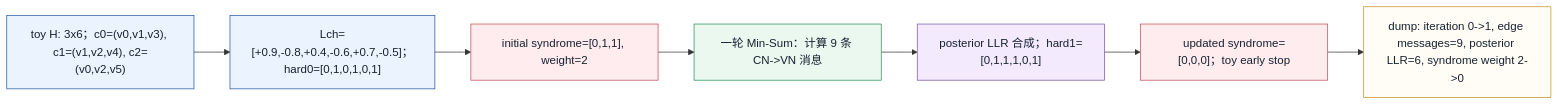
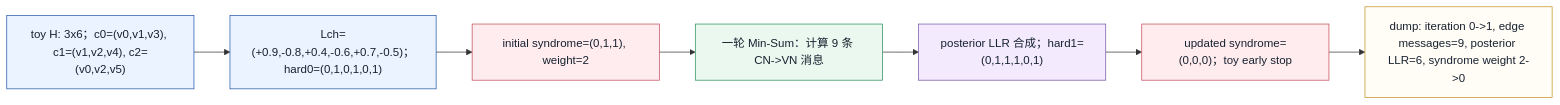
One commit to AuroraYaus/obsidian changed the diagram in 3gpp/docs/L2_协议算法/T8.8_NR_LDPC_decoder_numeric_walkthrough.md. Above: the diagram before and after it, drawn with Mermaid. The commit also changed 40 other files, not shown here.

````diff
--- a/3gpp/docs/L2_协议算法/T8.8_NR_LDPC_decoder_numeric_walkthrough.md
+++ b/3gpp/docs/L2_协议算法/T8.8_NR_LDPC_decoder_numeric_walkthrough.md
@@ -129,28 +129,28 @@
 ```mermaid
 %%{init: {'theme': 'default'}}%%
 flowchart LR
 H["toy H: 3x6；c0=(v0,v1,v3), c1=(v1,v2,v4), c2=(v0,v2,v5)"]
-INIT["Lch=[+0.9,-0.8,+0.4,-0.6,+0.7,-0.5]；hard0=[0,1,0,1,0,1]"]
-S0["initial syndrome=[0,1,1], weight=2"]
+INIT["Lch=(+0.9,-0.8,+0.4,-0.6,+0.7,-0.5)；hard0=(0,1,0,1,0,1)"]
+S0["initial syndrome=(0,1,1), weight=2"]
 CN["一轮 Min-Sum：计算 9 条 CN->VN 消息"]
-POST["posterior LLR 合成；hard1=[0,1,1,1,0,1]"]
-S1["updated syndrome=[0,0,0]；toy early stop"]
+POST["posterior LLR 合成；hard1=(0,1,1,1,0,1)"]
+S1["updated syndrome=(0,0,0)；toy early stop"]
 DBG["dump: iteration 0->1, edge messages=9, posterior LLR=6, syndrome weight 2->0"]
 H --> INIT
 INIT --> S0
 S0 --> CN
 CN --> POST
 POST --> S1
 S1 --> DBG
 
 classDef matrix fill:#EAF3FF,stroke:#2457A6,color:#17212F;
 classDef syndrome fill:#FFECEF,stroke:#C64B59,color:#17212F;
 classDef msg fill:#EAF8EF,stroke:#2D8F5D,color:#17212F;
 classDef posterior fill:#F3EAFE,stroke:#7457A6,color:#17212F;
 classDef debug fill:#FFFDF6,stroke:#C69220,color:#17212F;
 class H,INIT matrix;
 class S0,S1 syndrome;
 class CN msg;
 class POST posterior;
 class DBG debug;
 ```
````
